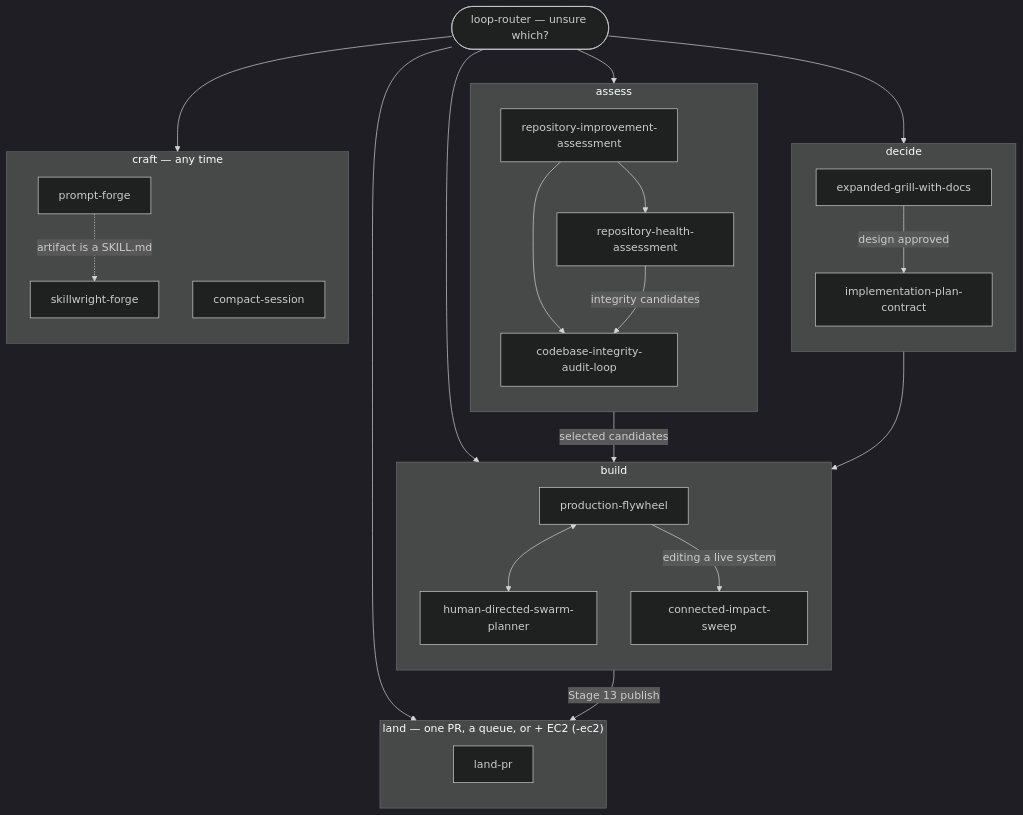
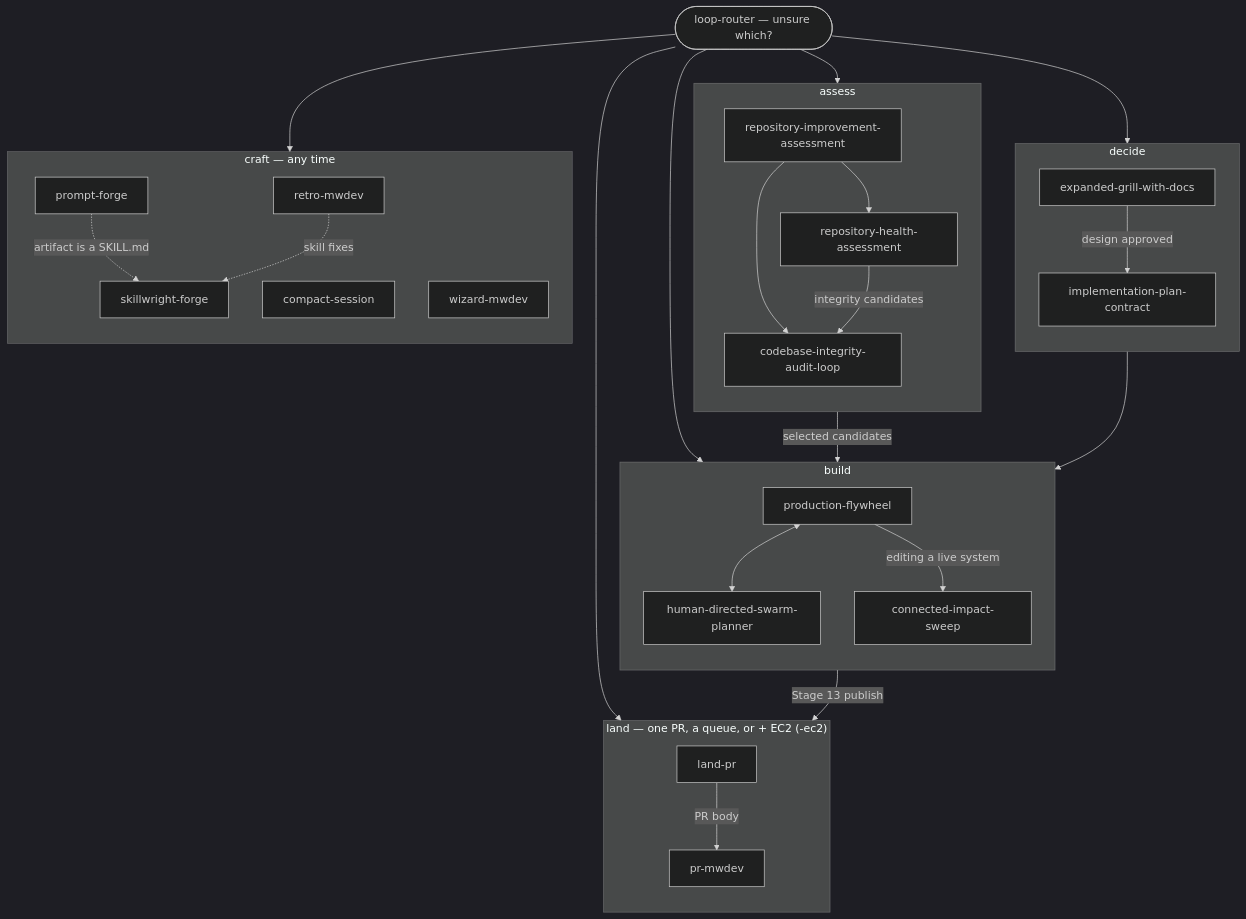
One commit to markwuenschel-dev/markdev-skills changed the diagram in CAPABILITY-MAP.md. Above: the diagram before and after it, drawn with Mermaid (dark theme). The commit also changed other lines of this file and 285 other files, not shown here.

First line of the commit message:
feat: sync inventoried skills from canon; vendor pr-mwdev, wizard-mwdev, retro-mwdev

````diff
--- a/CAPABILITY-MAP.md
+++ b/CAPABILITY-MAP.md
@@ -7,52 +7,57 @@
 ```mermaid
 flowchart TD
     R(["loop-router — unsure which?"])
     R --> DECIDE
     R --> ASSESS
     R --> BUILD
     R --> LAND
     R --> CRAFT
 
     subgraph DECIDE["decide"]
         direction TB
         EG["expanded-grill-with-docs"]
         IPC["implementation-plan-contract"]
         EG -->|"design approved"| IPC
     end
 
     subgraph ASSESS["assess"]
         direction TB
         RIA["repository-improvement-assessment"]
         RHA["repository-health-assessment"]
         CIAL["codebase-integrity-audit-loop"]
         RIA --> RHA
         RIA --> CIAL
         RHA -->|"integrity candidates"| CIAL
     end
 
     subgraph BUILD["build"]
         direction TB
         PF["production-flywheel"]
         HDSP["human-directed-swarm-planner"]
         CIS["connected-impact-sweep"]
         PF <--> HDSP
         PF -->|"editing a live system"| CIS
     end
 
     subgraph LAND["land — one PR, a queue, or + EC2 (-ec2)"]
         direction TB
         LP["land-pr"]
+        PRB["pr-mwdev"]
+        LP -->|"PR body"| PRB
     end
 
     subgraph CRAFT["craft — any time"]
         direction TB
         PFG["prompt-forge"]
         SWF["skillwright-forge"]
         CS["compact-session"]
+        WIZ["wizard-mwdev"]
+        RETRO["retro-mwdev"]
         PFG -.->|"artifact is a SKILL.md"| SWF
+        RETRO -.->|"skill fixes"| SWF
     end
 
     IPC --> PF
     CIAL -->|"selected candidates"| PF
     PF -->|"Stage 13 publish"| LP
 ```
````
